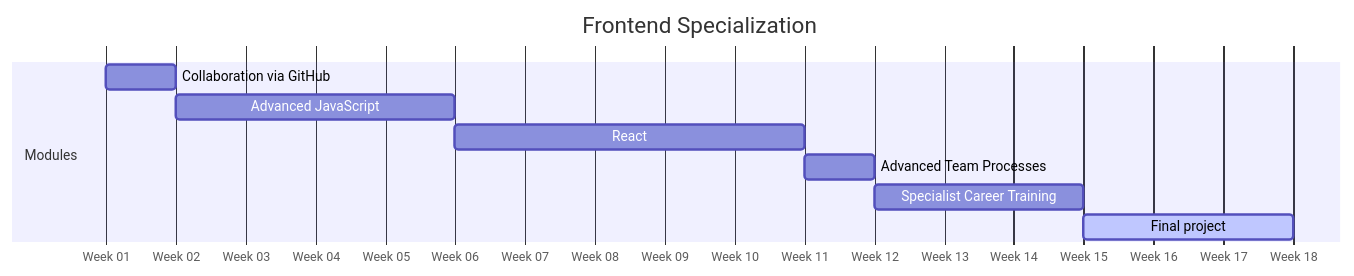
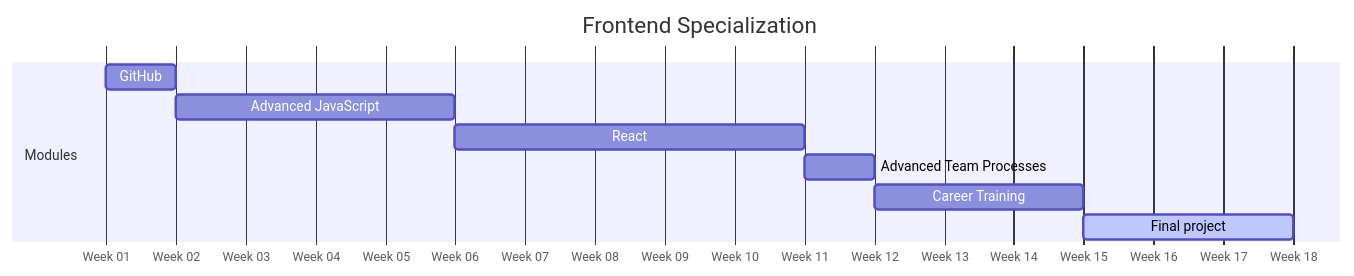
The diagram in courses/Frontend/README.md (HackYourFuture-CPH/program), drawn with Mermaid before and after one commit. The commit also changed other lines of this file and 2 other files, not shown here.

````diff
--- a/courses/Frontend/README.md
+++ b/courses/Frontend/README.md
@@ -8,14 +8,14 @@
 ```mermaid
 gantt
     title Frontend Specialization
     dateFormat  YYYY-MM-DD
     axisFormat  Week %U
 
     section Modules
-    Collaboration via GitHub    :a1, 2025-01-05, 1w
+    GitHub                      :a1, 2025-01-05, 1w
     Advanced JavaScript         :a2, after a1, 4w
     React                       :a3, after a2, 5w
     Advanced Team Processes     :a4, after a3, 1w
-    Specialist Career Training  :a5, after a4, 3w
+    Career Training             :a5, after a4, 3w
     Final project               :active, a6, after a5, 3w
 ```
````
